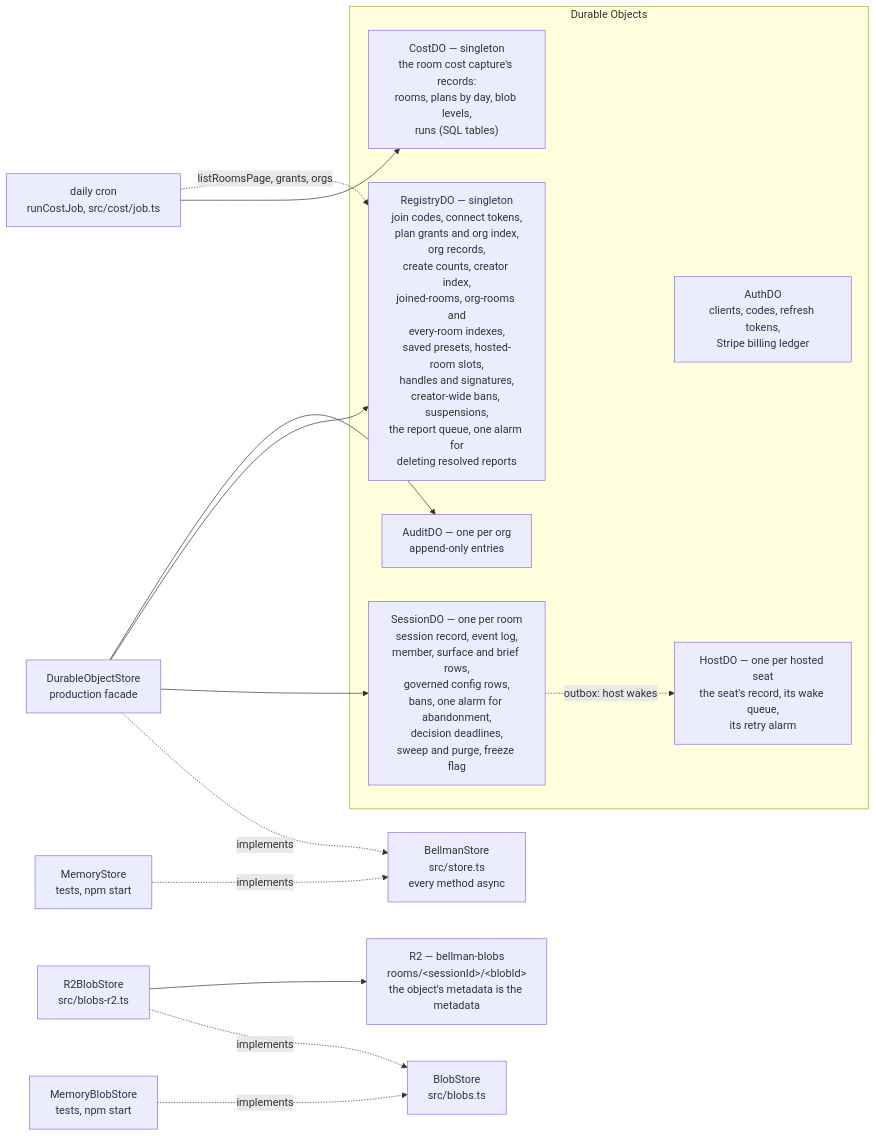
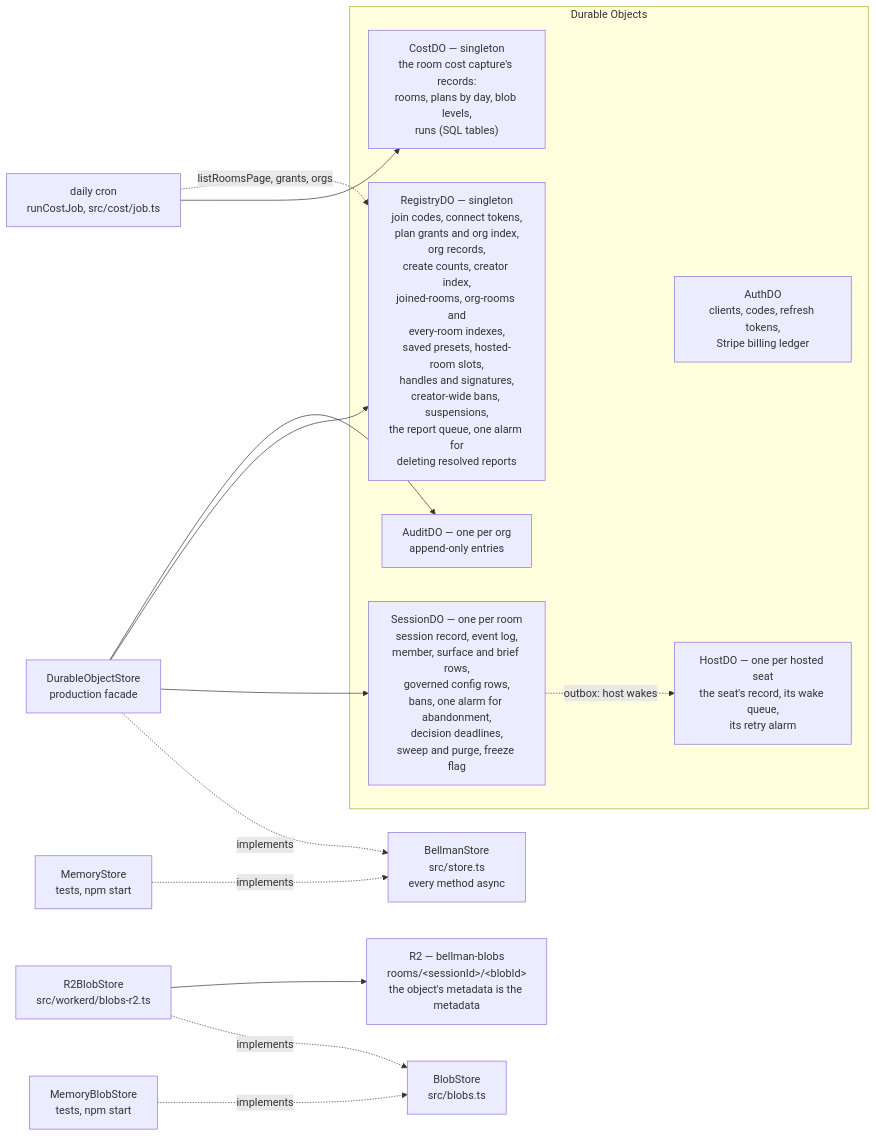
The fourth of 7 diagrams in docs/ARCHITECTURE.md (bellman-sh/bellman), drawn with Mermaid before and after one commit. The commit also changed other lines of this file and 100 other files, not shown here.

First line of the commit message:
Move the Workers-only files into src/workerd/

````diff
--- a/docs/ARCHITECTURE.md
+++ b/docs/ARCHITECTURE.md
@@ -635,30 +635,30 @@
 ```mermaid
 flowchart LR
     BS["BellmanStore<br/>src/store.ts<br/>every method async"]
     MEM["MemoryStore<br/>tests, npm start"] -.implements.-> BS
     DOS["DurableObjectStore<br/>production facade"] -.implements.-> BS
 
     DOS --> SDO
     DOS --> RDO
     DOS --> ADO
 
     subgraph objects["Durable Objects"]
         SDO["SessionDO — one per room<br/>session record, event log,<br/>member, surface and brief rows,<br/>governed config rows,<br/>bans, one alarm for abandonment,<br/>decision deadlines,<br/>sweep and purge, freeze flag"]
         RDO["RegistryDO — singleton<br/>join codes, connect tokens,<br/>plan grants and org index,<br/>org records,<br/>create counts, creator index,<br/>joined-rooms, org-rooms and<br/>every-room indexes,<br/>saved presets, hosted-room slots,<br/>handles and signatures,<br/>creator-wide bans, suspensions,<br/>the report queue, one alarm for<br/>deleting resolved reports"]
         ADO["AuditDO — one per org<br/>append-only entries"]
         AUTH["AuthDO<br/>clients, codes, refresh tokens,<br/>Stripe billing ledger"]
         HDO["HostDO — one per hosted seat<br/>the seat's record, its wake queue,<br/>its retry alarm"]
         CDO["CostDO — singleton<br/>the room cost capture's records:<br/>rooms, plans by day, blob levels,<br/>runs (SQL tables)"]
     end
 
     CRON["daily cron<br/>runCostJob, src/cost/job.ts"] --> CDO
     CRON -.->|"listRoomsPage, grants, orgs"| RDO
 
     SDO -.->|"outbox: host wakes"| HDO
 
     BLOB["BlobStore<br/>src/blobs.ts"]
     R2["R2 — bellman-blobs<br/>rooms/&lt;sessionId&gt;/&lt;blobId&gt;<br/>the object's metadata is the metadata"]
     MEMB["MemoryBlobStore<br/>tests, npm start"] -.implements.-> BLOB
-    R2S["R2BlobStore<br/>src/blobs-r2.ts"] -.implements.-> BLOB
+    R2S["R2BlobStore<br/>src/workerd/blobs-r2.ts"] -.implements.-> BLOB
     R2S --> R2
 ```
````
